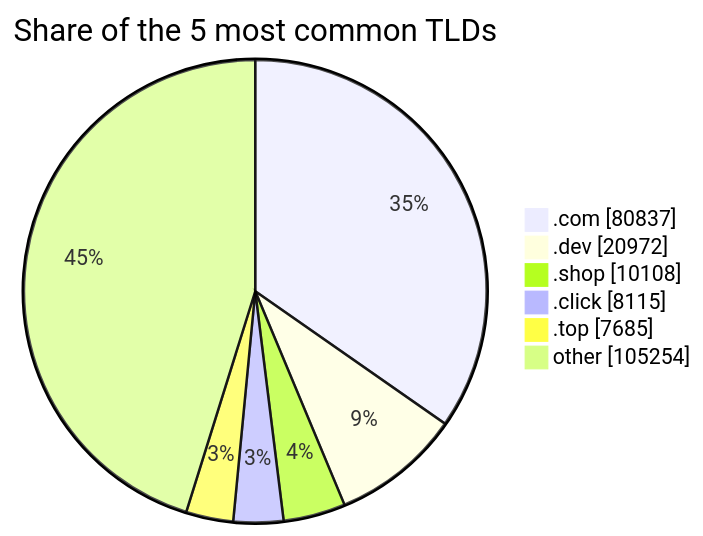
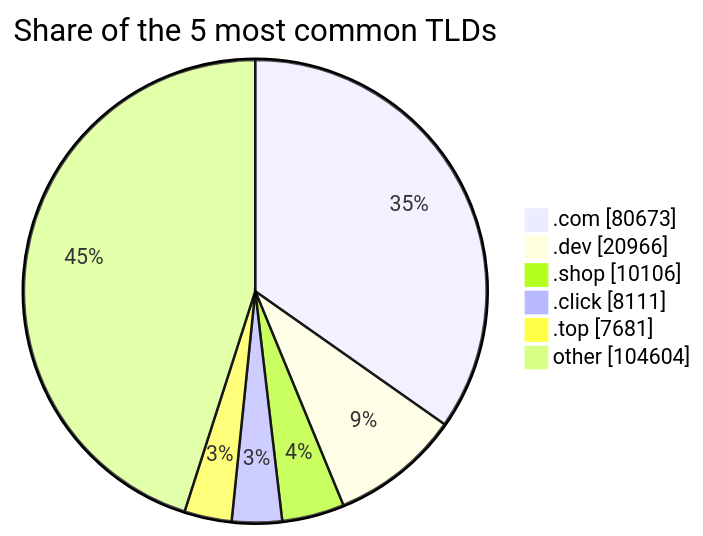
The third of 3 diagrams in README.md (DNSBunker/CTI), drawn with Mermaid before and after one commit. The commit also changed other lines of this file and 3 other files, not shown here.

````diff
--- a/README.md
+++ b/README.md
@@ -81,9 +81,9 @@
 ```mermaid
 pie showData title Share of the 5 most common TLDs
-    ".com" : 80837
-    ".dev" : 20972
-    ".shop" : 10108
-    ".click" : 8115
-    ".top" : 7685
-    "other" : 105254
+    ".com" : 80673
+    ".dev" : 20966
+    ".shop" : 10106
+    ".click" : 8111
+    ".top" : 7681
+    "other" : 104604
 ```
````
